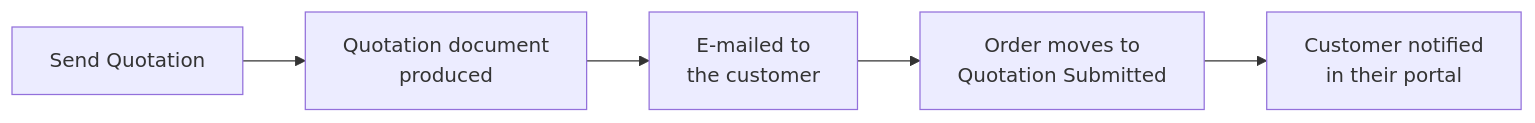
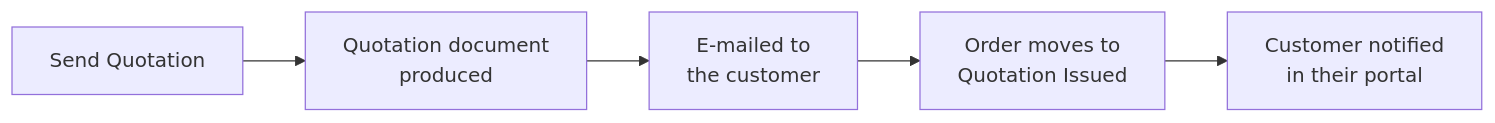
Before and after one commit to LaplaceSoftware/lp_projects_docs: the second of 3 diagrams in docs/b2b_ecommerce_docs/_user_guide/009-Account-Manager-Portal-Working-an-Order.md, drawn with Mermaid. The commit also changed other lines of this file and 48 other files, not shown here.

````diff
--- a/docs/b2b_ecommerce_docs/_user_guide/009-Account-Manager-Portal-Working-an-Order.md
+++ b/docs/b2b_ecommerce_docs/_user_guide/009-Account-Manager-Portal-Working-an-Order.md
@@ -111,7 +98,7 @@
 ```mermaid
 flowchart LR
     A["Send Quotation"] --> B["Quotation document<br/>produced"]
     B --> C["E-mailed to<br/>the customer"]
-    C --> D["Order moves to<br/>Quotation Submitted"]
+    C --> D["Order moves to<br/>Quotation Issued"]
     D --> E["Customer notified<br/>in their portal"]
 ```
````
